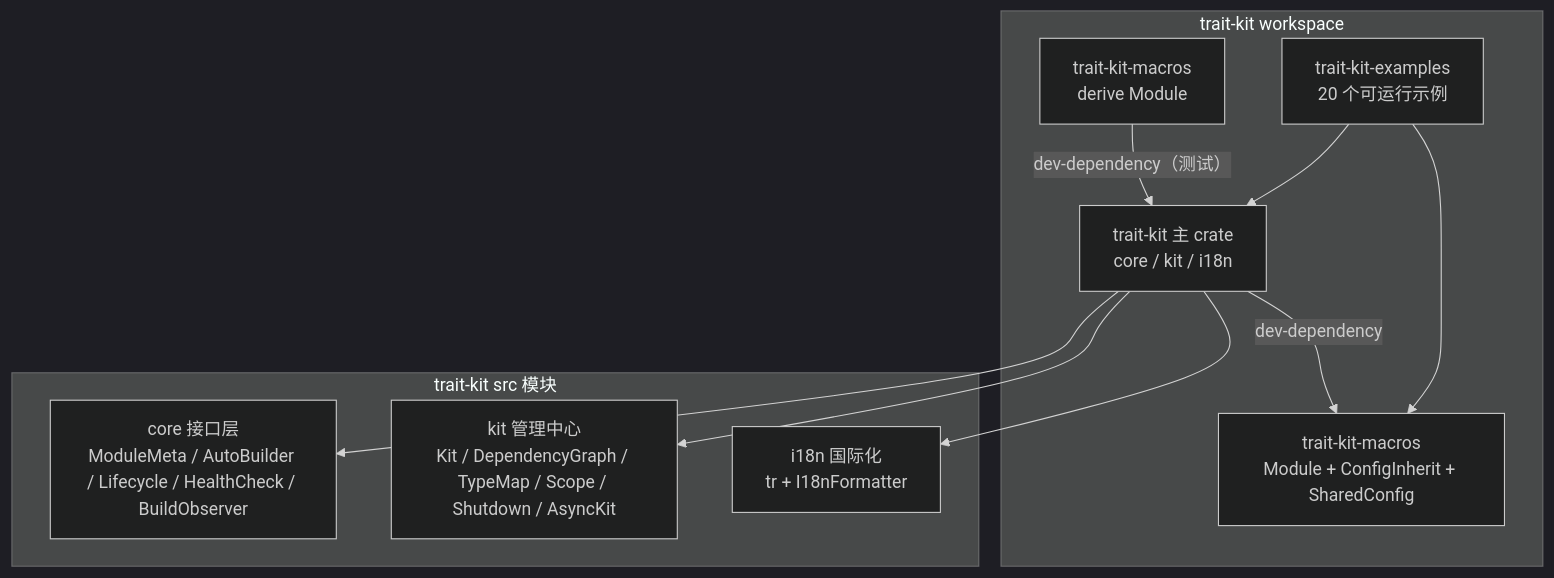
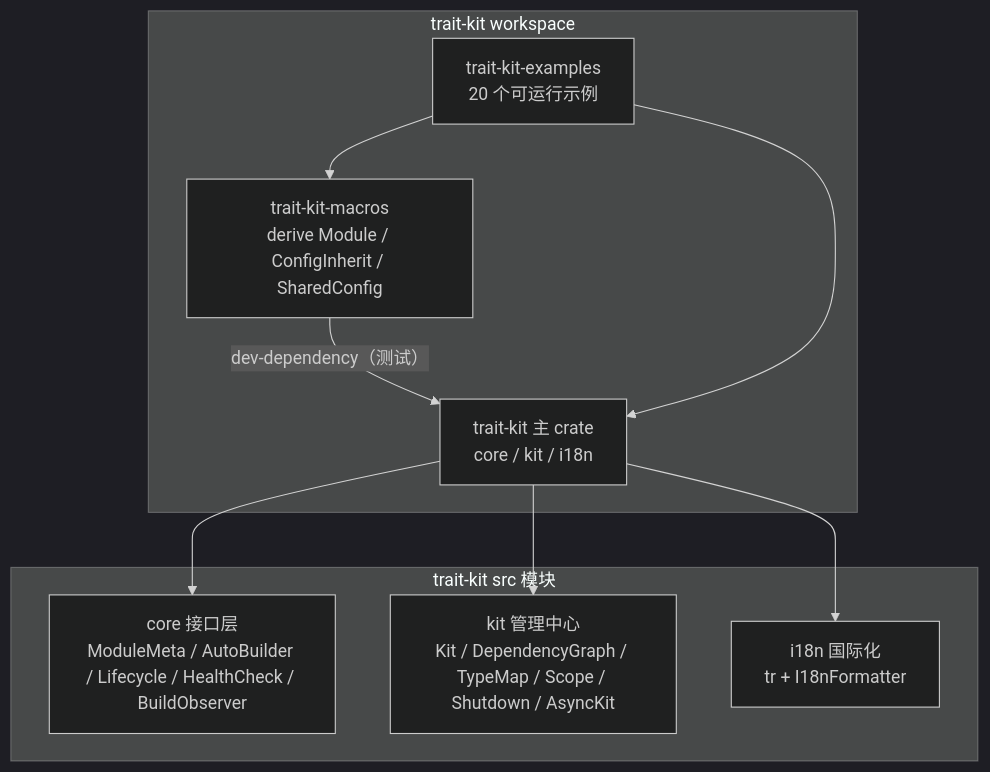
Before and after one commit to Kirky-X/trait-kit: the first of 6 diagrams in docs/ARCHITECTURE.md, drawn with Mermaid (dark theme). The commit also changed other lines of this file and 45 other files, not shown here.

````diff
--- a/docs/ARCHITECTURE.md
+++ b/docs/ARCHITECTURE.md
@@ -26,23 +26,21 @@
 ```mermaid
 flowchart TD
     subgraph ws["trait-kit workspace"]
         TK["trait-kit 主 crate<br/>core / kit / i18n"]
-        DER["trait-kit-macros<br/>Module + ConfigInherit + SharedConfig"]
-        MAC["trait-kit-macros<br/>derive Module"]
+        MAC["trait-kit-macros<br/>derive Module / ConfigInherit / SharedConfig"]
         EX["trait-kit-examples<br/>20 个可运行示例"]
     end
 
     subgraph tk["trait-kit src 模块"]
         CORE["core 接口层<br/>ModuleMeta / AutoBuilder / Lifecycle / HealthCheck / BuildObserver"]
         KIT["kit 管理中心<br/>Kit / DependencyGraph / TypeMap / Scope / Shutdown / AsyncKit"]
         I18N["i18n 国际化<br/>tr + I18nFormatter"]
     end
 
     TK --> CORE
     TK --> KIT
     TK --> I18N
-    TK -->|"dev-dependency"| DER
     MAC -->|"dev-dependency（测试）"| TK
     EX --> TK
-    EX --> DER
+    EX --> MAC
 ```
````
